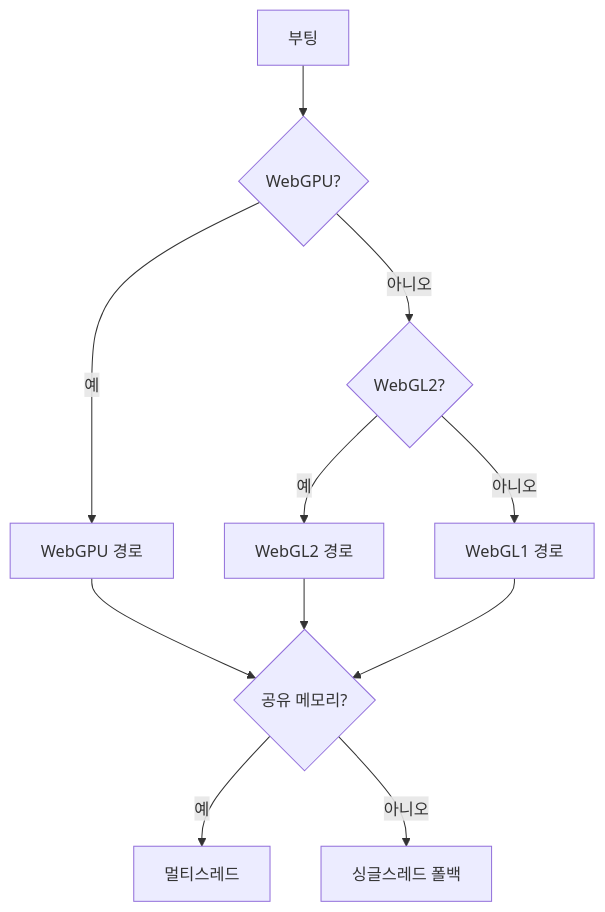
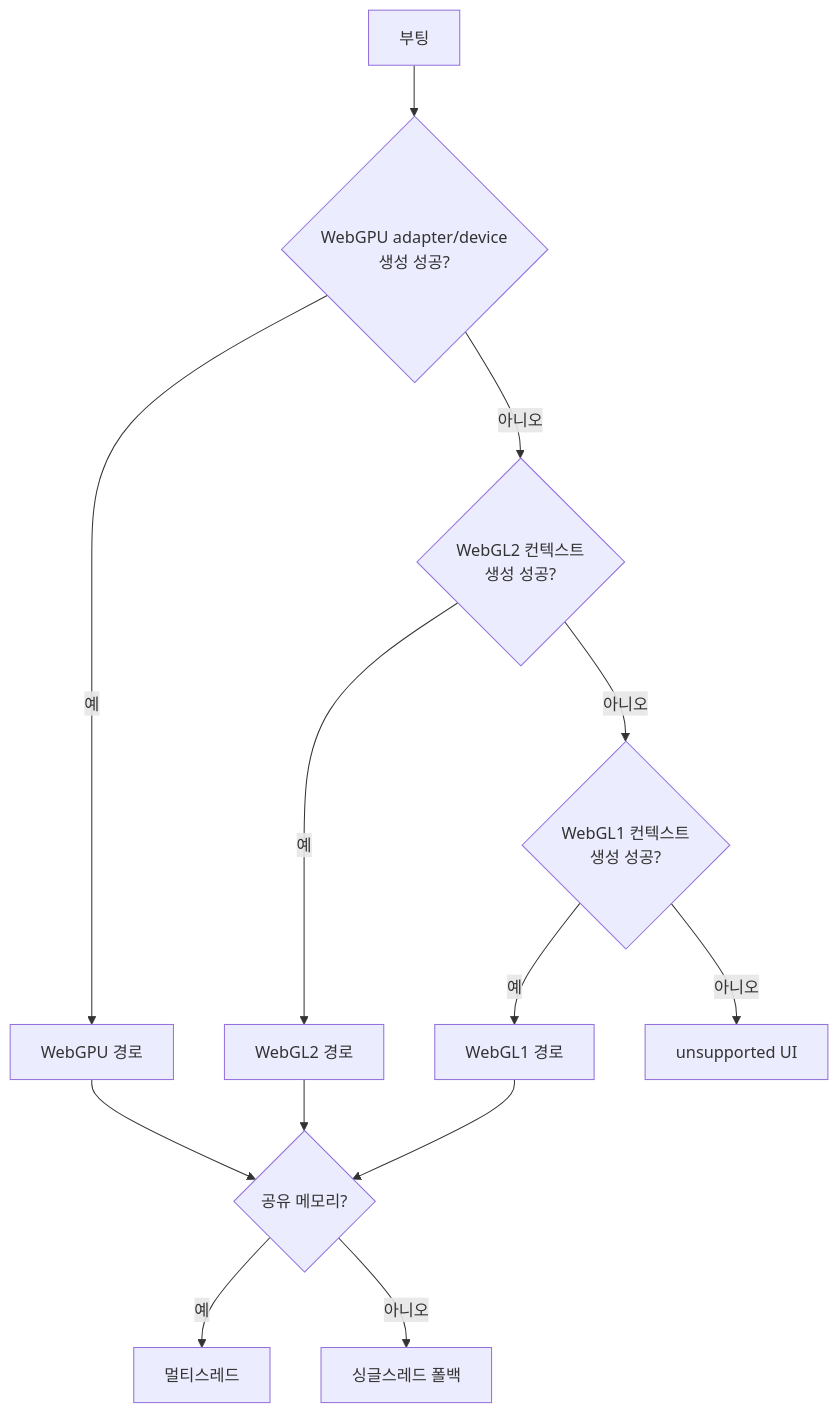
One commit to Rein-ArXiv/game-dev-curriculum changed the sixth of 6 diagrams in platform/part04_web.md. Above: the diagram before and after it, drawn with Mermaid. The commit also changed other lines of this file and 279 other files, not shown here.

````diff
--- a/platform/part04_web.md
+++ b/platform/part04_web.md
@@ -416,13 +450,15 @@
 ```mermaid
 flowchart TB
-    Start[부팅] --> A{WebGPU?}
+    Start[부팅] --> A{WebGPU adapter/device<br/>생성 성공?}
     A -->|예| WG[WebGPU 경로]
-    A -->|아니오| B{WebGL2?}
+    A -->|아니오| B{WebGL2 컨텍스트<br/>생성 성공?}
     B -->|예| W2[WebGL2 경로]
-    B -->|아니오| W1[WebGL1 경로]
+    B -->|아니오| B1{WebGL1 컨텍스트<br/>생성 성공?}
+    B1 -->|예| W1[WebGL1 경로]
+    B1 -->|아니오| Unsup[unsupported UI]
     WG --> C{공유 메모리?}
     W2 --> C
     W1 --> C
     C -->|예| MT[멀티스레드]
     C -->|아니오| ST[싱글스레드 폴백]
 ```
````
